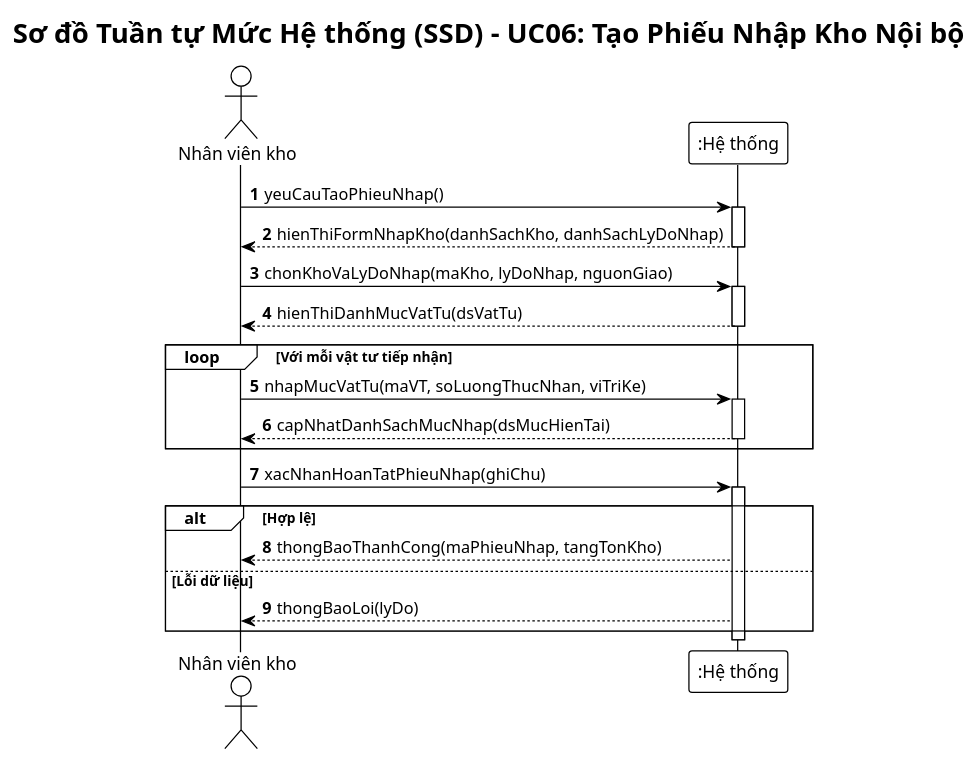
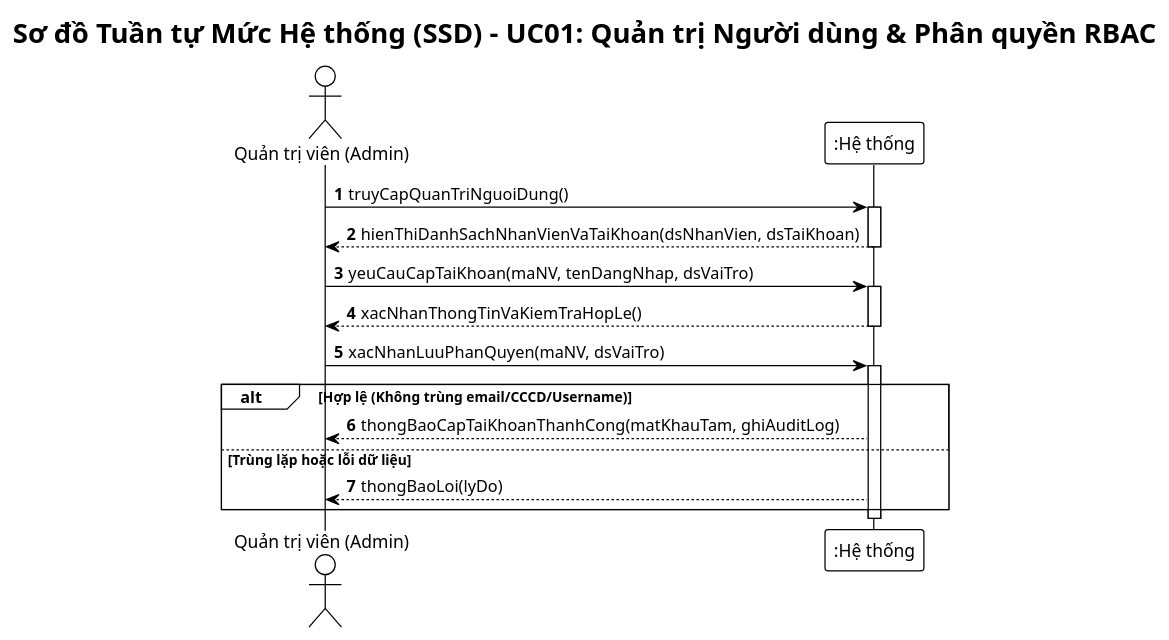
One commit to vuhoabinh2416137/G8_Quanlysanphamvakhohang changed the first of 7 diagrams in BTL-QuanLyKhoHang/plantuml/ssd.puml. Above: the diagram before and after it, drawn with PlantUML. The commit also changed other lines of this file and 26 other files, not shown here.

Commit message:
Chuan hoa 07 Use Case cot loi, cap nhat so do UML va tai lieu phan cong nhiem vu

```diff
--- a/BTL-QuanLyKhoHang/plantuml/ssd.puml
+++ b/BTL-QuanLyKhoHang/plantuml/ssd.puml
@@ -1,37 +1,30 @@
-@startuml ssd-nhap-kho
+@startuml ssd-quan-tri-nguoi-dung
 !theme plain
 autonumber
 skinparam responseMessageBelowArrow true
 skinparam defaultFontName "Arial"
 
-title Sơ đồ Tuần tự Mức Hệ thống (SSD) - UC06: Tạo Phiếu Nhập Kho Nội bộ
+title Sơ đồ Tuần tự Mức Hệ thống (SSD) - UC01: Quản trị Người dùng & Phân quyền RBAC
 
-actor "Nhân viên kho" as NV
+actor "Quản trị viên (Admin)" as Admin
 participant ":Hệ thống" as Sys
 
-NV -> Sys: yeuCauTaoPhieuNhap()
+Admin -> Sys: truyCapQuanTriNguoiDung()
 activate Sys
-Sys --> NV: hienThiFormNhapKho(danhSachKho, danhSachLyDoNhap)
+Sys --> Admin: hienThiDanhSachNhanVienVaTaiKhoan(dsNhanVien, dsTaiKhoan)
 deactivate Sys
 
-NV -> Sys: chonKhoVaLyDoNhap(maKho, lyDoNhap, nguonGiao)
+Admin -> Sys: yeuCauCapTaiKhoan(maNV, tenDangNhap, dsVaiTro)
 activate Sys
-Sys --> NV: hienThiDanhMucVatTu(dsVatTu)
+Sys --> Admin: xacNhanThongTinVaKiemTraHopLe()
 deactivate Sys
 
-loop Với mỗi vật tư tiếp nhận
-    NV -> Sys: nhapMucVatTu(maVT, soLuongThucNhan, viTriKe)
-    activate Sys
-    Sys --> NV: capNhatDanhSachMucNhap(dsMucHienTai)
-    deactivate Sys
-end
-
-NV -> Sys: xacNhanHoanTatPhieuNhap(ghiChu)
+Admin -> Sys: xacNhanLuuPhanQuyen(maNV, dsVaiTro)
 activate Sys
-alt Hợp lệ
-    Sys --> NV: thongBaoThanhCong(maPhieuNhap, tangTonKho)
-else Lỗi dữ liệu
-    Sys --> NV: thongBaoLoi(lyDo)
+alt Hợp lệ (Không trùng email/CCCD/Username)
+    Sys --> Admin: thongBaoCapTaiKhoanThanhCong(matKhauTam, ghiAuditLog)
+else Trùng lặp hoặc lỗi dữ liệu
+    Sys --> Admin: thongBaoLoi(lyDo)
 end
 deactivate Sys
 @enduml
```
